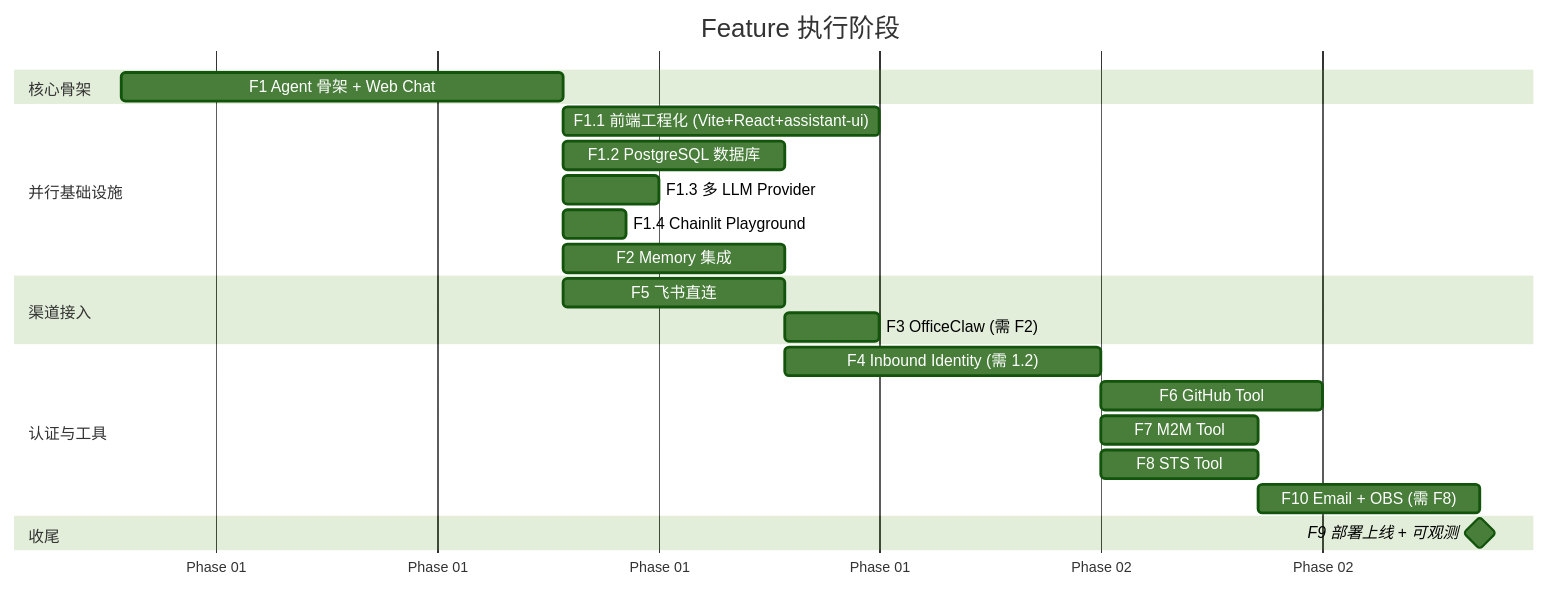
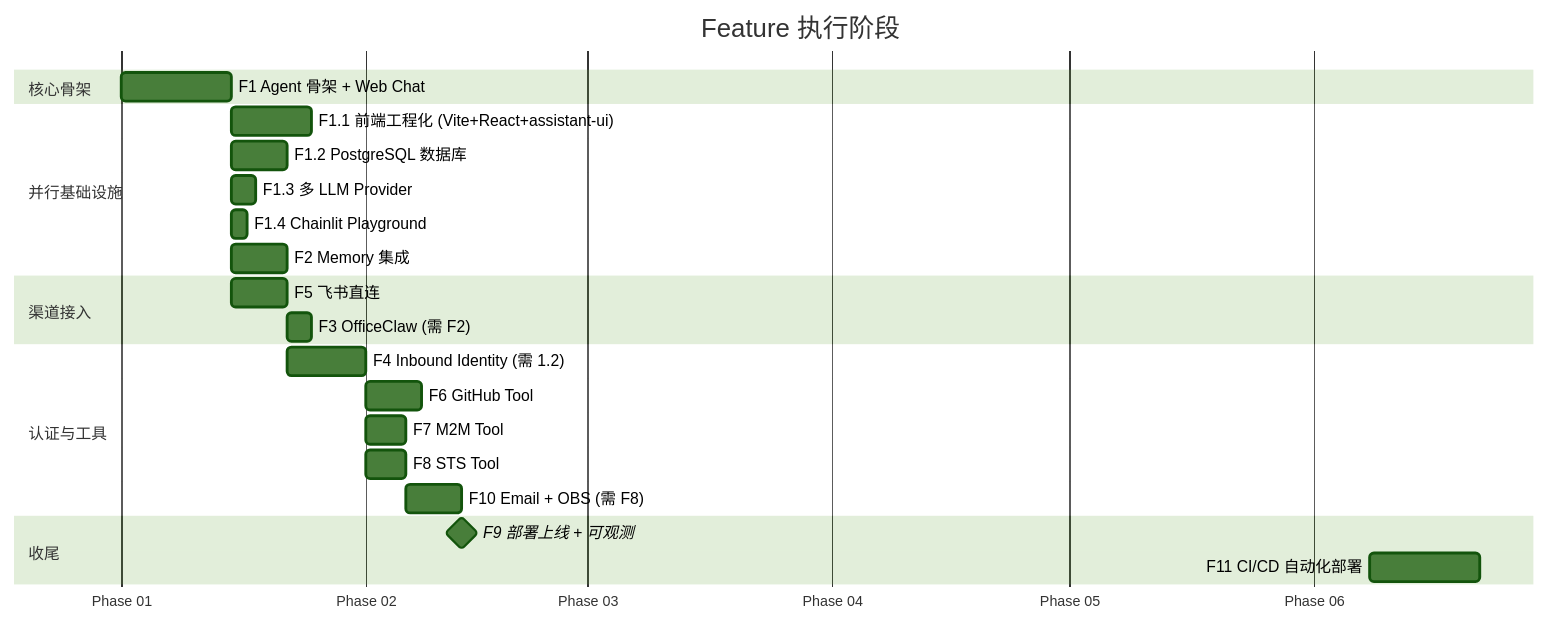
One commit to T-1009/personal-assistant changed the second of 2 diagrams in personal-assistant-meta/issues/features/README.md. Above: the diagram before and after it, drawn with Mermaid (forest theme). The commit also changed other lines of this file and 2 other files, not shown here.

````diff
--- a/personal-assistant-meta/issues/features/README.md
+++ b/personal-assistant-meta/issues/features/README.md
@@ -67,30 +70,31 @@
 ```mermaid
 gantt
     title Feature 执行阶段
     dateFormat  YYYY-MM-DD
     axisFormat  Phase %m
 
     section 核心骨架
     F1  Agent 骨架 + Web Chat       :f1, 2026-01-01, 14d
 
     section 并行基础设施
     F1.1  前端工程化 (Vite+React+assistant-ui)    :f1_1, after f1, 10d
     F1.2  PostgreSQL 数据库          :f1_2, after f1, 7d
     F1.3  多 LLM Provider            :f1_3, after f1, 3d
     F1.4  Chainlit Playground         :f1_4, after f1, 2d
     F2    Memory 集成                :f2, after f1, 7d
 
     section 渠道接入
     F5  飞书直连                     :f5, after f1, 7d
     F3  OfficeClaw (需 F2)          :f3, after f2, 3d
 
     section 认证与工具
     F4  Inbound Identity (需 1.2)   :f4, after f1_2, 10d
     F6  GitHub Tool                 :f6, after f4, 7d
     F7  M2M Tool                    :f7, after f4, 5d
     F8  STS Tool                    :f8, after f4, 5d
     F10  Email + OBS (需 F8)        :f10, after f8, 7d
 
     section 收尾
     F9  部署上线 + 可观测            :milestone, after f10, 0d
+    F11  CI/CD 自动化部署             :f11, after f9, 14d
 ```
````
